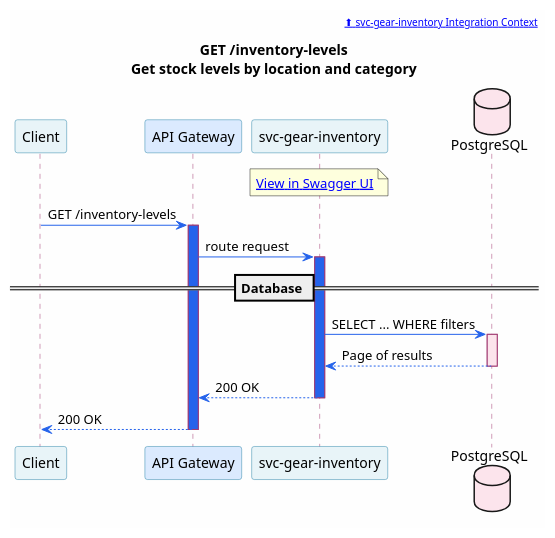
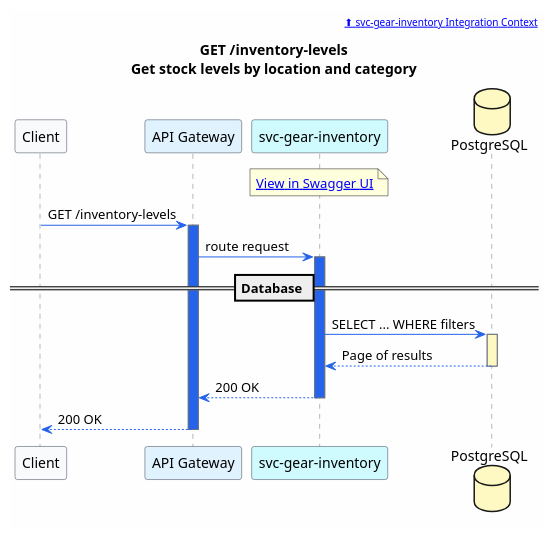
The diagram in portal/site/microservices/puml/svc-gear-inventory--get-inventory-levels.puml (christopherblaisdell/continuous-architecture-platform-poc), drawn with PlantUML before and after one commit. The commit also changed 727 other files, not shown here.

```diff
--- a/portal/site/microservices/puml/svc-gear-inventory--get-inventory-levels.puml
+++ b/portal/site/microservices/puml/svc-gear-inventory--get-inventory-levels.puml
@@ -1,47 +1,47 @@
 @startuml svc-gear-inventory--get-inventory-levels
 
 skinparam backgroundColor #FEFEFE
 skinparam shadowing false
 skinparam defaultFontName "Segoe UI"
 skinparam sequence {
     ArrowColor #2563eb
-    ParticipantBorderColor #2E86AB
-    ParticipantBackgroundColor #E8F4F8
-    LifeLineBorderColor #A23B72
-    BoxBorderColor #F18F01
-    BoxBackgroundColor #FFF8F0
-    NoteBorderColor #c77b30
-    NoteBackgroundColor #FEF3E7
+    ParticipantBorderColor #374151
+    ParticipantBackgroundColor #F9FAFB
+    LifeLineBorderColor #6B7280
+    BoxBorderColor #94A3B8
+    BoxBackgroundColor #F8FAFC
+    NoteBorderColor #64748B
+    NoteBackgroundColor #F8FAFC
 }
 
 header [[/microservices/svc-gear-inventory/#integration-context ⬆ svc-gear-inventory Integration Context]]
 
 title GET /inventory-levels\nGet stock levels by location and category
 
 participant "Client" as Client [[/applications/]]
-participant "API Gateway" as GW [[/actors/#api-gateway]] #DBEAFE
-participant "svc-gear-inventory" as Svc [[/microservices/svc-gear-inventory/]] #E8F4F8
-database "PostgreSQL" as DB [[/microservices/svc-gear-inventory/#data-store]] #FCE4EC
+participant "API Gateway" as GW [[/actors/#api-gateway]] #E0F2FE
+participant "svc-gear-inventory" as Svc [[/microservices/svc-gear-inventory/]] #CFFAFE
+database "PostgreSQL" as DB [[/microservices/svc-gear-inventory/#data-store]] #FEF9C3
 
 note over Svc
   [[/services/api/svc-gear-inventory.html#/Inventory%20Levels/getInventoryLevels View in Swagger UI]]
 end note
 
 Client -> GW : GET /inventory-levels
 activate GW #2563eb
 GW -> Svc : route request
 activate Svc #2563eb
 
 == Database ==
 
 Svc -> DB : SELECT ... WHERE filters
-activate DB #FCE4EC
+activate DB #FEF9C3
 DB --> Svc : Page of results
 deactivate DB
 
 Svc --> GW : 200 OK
 deactivate Svc
 GW --> Client : 200 OK
 deactivate GW
 
 @enduml
```
